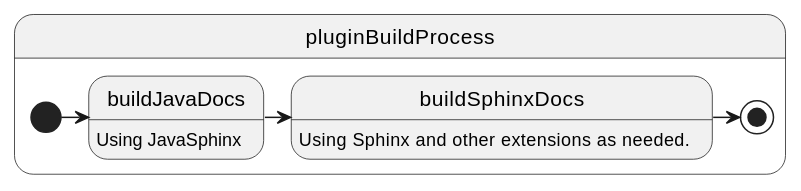
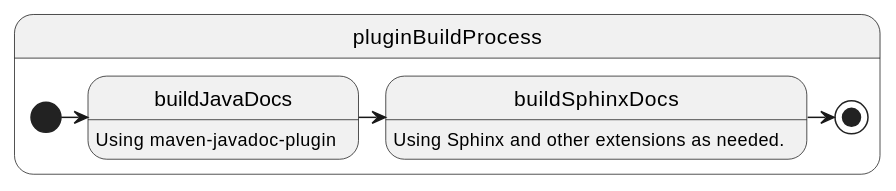
The diagram in src/site/sphinx/configuration.rst (trustin/sphinx-maven), drawn with PlantUML before and after one commit. The commit also changed other lines of this file and 2109 other files, not shown here.

```diff
--- a/src/site/sphinx/configuration.rst
+++ b/src/site/sphinx/configuration.rst
@@ -109,11 +47,11 @@
 .. uml::
 
     @startuml
     state pluginBuildProcess {
         [*] -> buildJavaDocs
-        buildJavaDocs: Using JavaSphinx
+        buildJavaDocs: Using maven-javadoc-plugin
         buildJavaDocs -> buildSphinxDocs
         buildSphinxDocs: Using Sphinx and other extensions as needed.
         buildSphinxDocs -> [*]
     }
     @enduml
```
